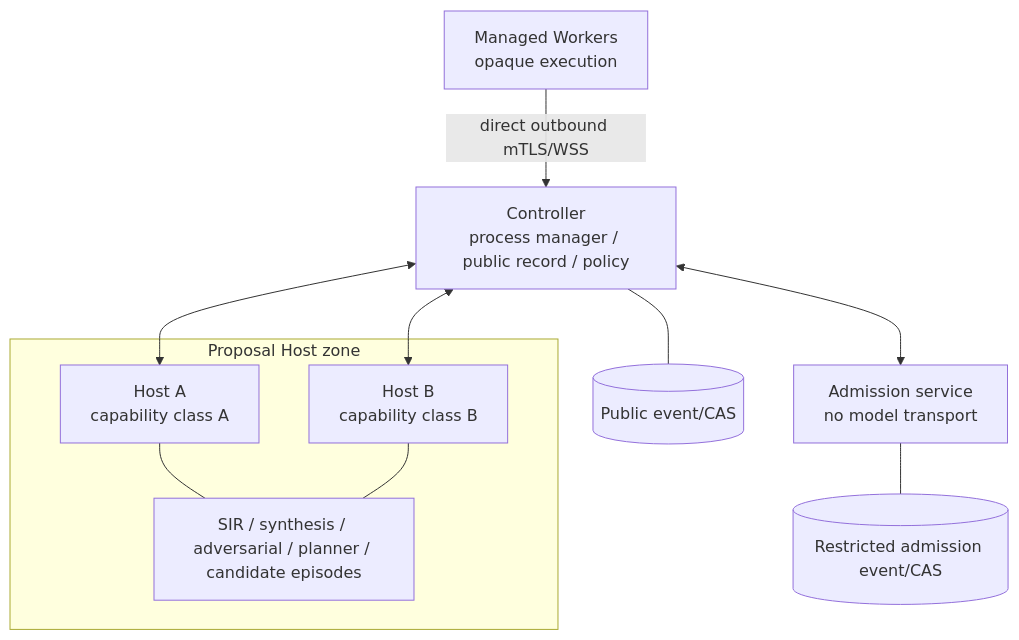
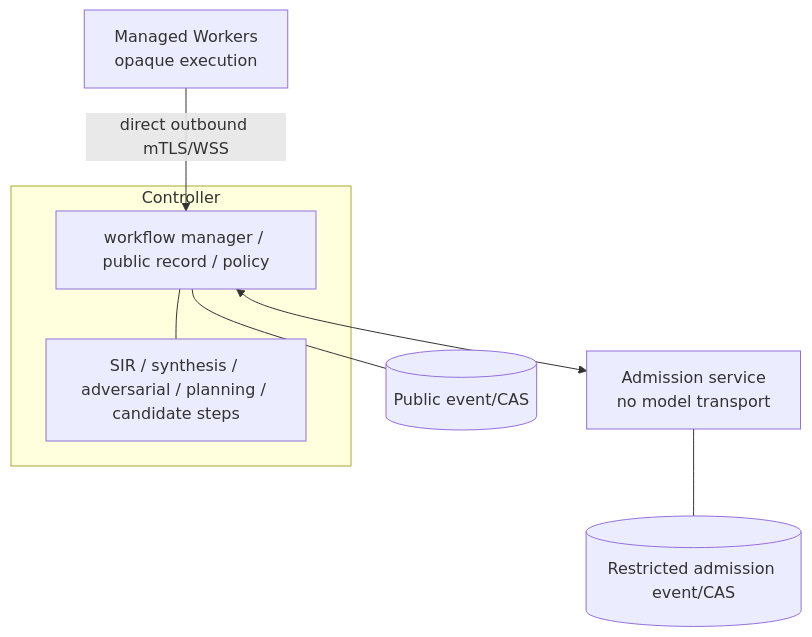
Before and after one commit to ascendresearch/cairn: the second of 2 diagrams in docs/design/AGENT_ARCHITECTURE.md, drawn with Mermaid. The commit also changed other lines of this file and 71 other files, not shown here.

Commit message:
feat: connect client workflow and inline proposal steps

````diff
--- a/docs/design/AGENT_ARCHITECTURE.md
+++ b/docs/design/AGENT_ARCHITECTURE.md
@@ -466,24 +454,18 @@
 ```mermaid
 flowchart TB
-    controller["Controller\nprocess manager / public record / policy"]
-
-    subgraph proposalzone["Proposal Host zone"]
-      hosta["Host A\ncapability class A"]
-      hostb["Host B\ncapability class B"]
-      episodes["SIR / synthesis / adversarial / planner / candidate episodes"]
-      hosta --- episodes
-      hostb --- episodes
+    subgraph control["Controller"]
+      controller["workflow manager / public record / policy"]
+      episodes["SIR / synthesis / adversarial / planning / candidate steps"]
+      controller --- episodes
     end
 
     admission["Admission service\nno model transport"]
     workers["Managed Workers\nopaque execution"]
     public[("Public event/CAS")]
     restricted[("Restricted admission event/CAS")]
 
-    controller <--> hosta
-    controller <--> hostb
     controller <--> admission
     workers -->|"direct outbound mTLS/WSS"| controller
     controller --- public
     admission --- restricted
 ```
````
